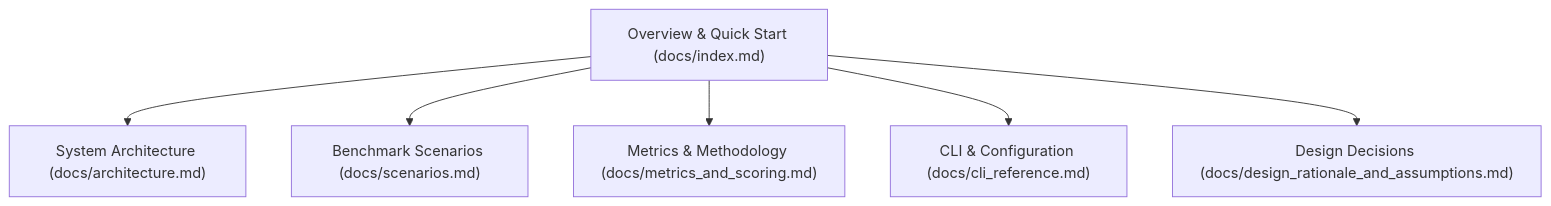
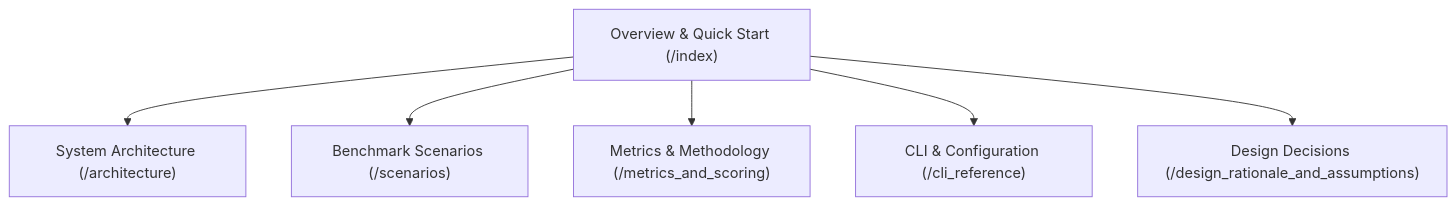
Before and after one commit to jamesbmour/llm-bench: the diagram in docs/index.md, drawn with Mermaid. The commit also changed other lines of this file and 9 other files, not shown here.

Commit message:
Enhance documentation with structured metadata for architecture, CLI reference, design rationale, metrics, and benchmark scenarios; improve clarity and organization across multiple files.

````diff
--- a/docs/index.md
+++ b/docs/index.md
@@ -11,15 +34,15 @@
 ```mermaid
 flowchart TD
-    Index["Overview & Quick Start (docs/index.md)"]
-    Arch["System Architecture (docs/architecture.md)"]
-    Scen["Benchmark Scenarios (docs/scenarios.md)"]
-    Metrics["Metrics & Methodology (docs/metrics_and_scoring.md)"]
-    CLI["CLI & Configuration (docs/cli_reference.md)"]
-    Rationale["Design Decisions (docs/design_rationale_and_assumptions.md)"]
+    Index["Overview & Quick Start (/index)"]
+    Arch["System Architecture (/architecture)"]
+    Scen["Benchmark Scenarios (/scenarios)"]
+    Metrics["Metrics & Methodology (/metrics_and_scoring)"]
+    CLI["CLI & Configuration (/cli_reference)"]
+    Rationale["Design Decisions (/design_rationale_and_assumptions)"]
 
     Index --> Arch
     Index --> Scen
     Index --> Metrics
     Index --> CLI
     Index --> Rationale
 ```
````
